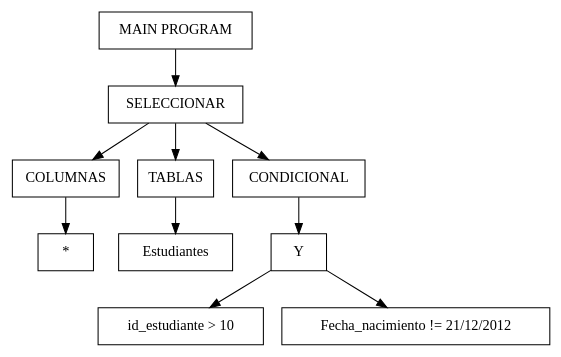
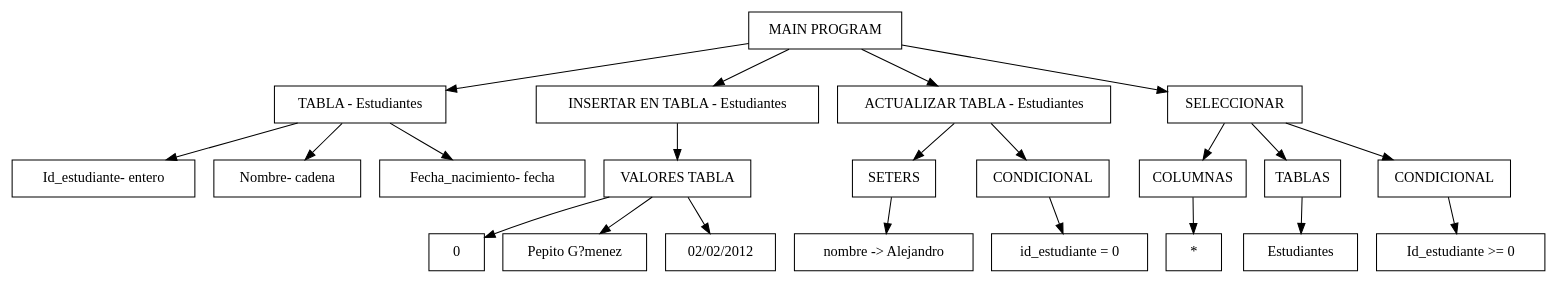
Before and after one commit to carlostex98/Simple-SQL: the diagram in bin/Debug/ast.dot, drawn with Graphviz. The commit also changed 16 other files, not shown here.

```diff
--- a/bin/Debug/ast.dot
+++ b/bin/Debug/ast.dot
@@ -1,40 +1,88 @@
 digraph D {
 node [shape=box];
 ex0 [label=" MAIN PROGRAM "];
-e0[label="SELECCIONAR "];
+e0[label="TABLA - Estudiantes "];
 
-e1[label="COLUMNAS"];
+e1[label=" Id_estudiante- entero "];
 
-e2[label="*"];
+e2[label=" Nombre- cadena "];
 
-e3[label="TABLAS"];
+e3[label=" Fecha_nacimiento- fecha "];
 
-e4[label=" Estudiantes "];
+e4[label="INSERTAR EN TABLA - Estudiantes "];
 
-e5[label="CONDICIONAL "];
+e5[label="VALORES TABLA "];
 
-e6[label=" id_estudiante > 10 "];
+e6[label=" 0 "];
 
-e7[label=" Y "];
+e7[label=" Pepito G?menez "];
 
-e8[label=" Fecha_nacimiento != 21/12/2012 "];
+e8[label=" 02/02/2012 "];
+
+e9[label="ACTUALIZAR TABLA - Estudiantes "];
+
+e10[label="SETERS "];
+
+e11[label=" nombre -> Alejandro "];
+
+e12[label="CONDICIONAL "];
+
+e13[label=" id_estudiante = 0 "];
+
+e14[label="SELECCIONAR "];
+
+e15[label="COLUMNAS"];
+
+e16[label="*"];
+
+e17[label="TABLAS"];
+
+e18[label=" Estudiantes "];
+
+e19[label="CONDICIONAL "];
+
+e20[label=" Id_estudiante >= 0 "];
 
 ex0 -> e0; 
 
 e0 -> e1; 
 
-e1 -> e2; 
+e0 -> e2; 
 
 e0 -> e3; 
 
-e3 -> e4; 
+ex0 -> e4; 
 
-e0 -> e5; 
+e4 -> e5; 
+
+e5 -> e6; 
 
 e5 -> e7; 
 
-e7 -> e6; 
+e5 -> e8; 
 
-e7 -> e8; 
+ex0 -> e9; 
+
+e9 -> e10; 
+
+e10 -> e11; 
+
+e9 -> e12; 
+
+e12 -> e13; 
+
+ex0 -> e14; 
+
+e14 -> e15; 
+
+e15 -> e16; 
+
+e14 -> e17; 
+
+e17 -> e18; 
+
+e14 -> e19; 
+
+e19 -> e20; 
 
 }
```
